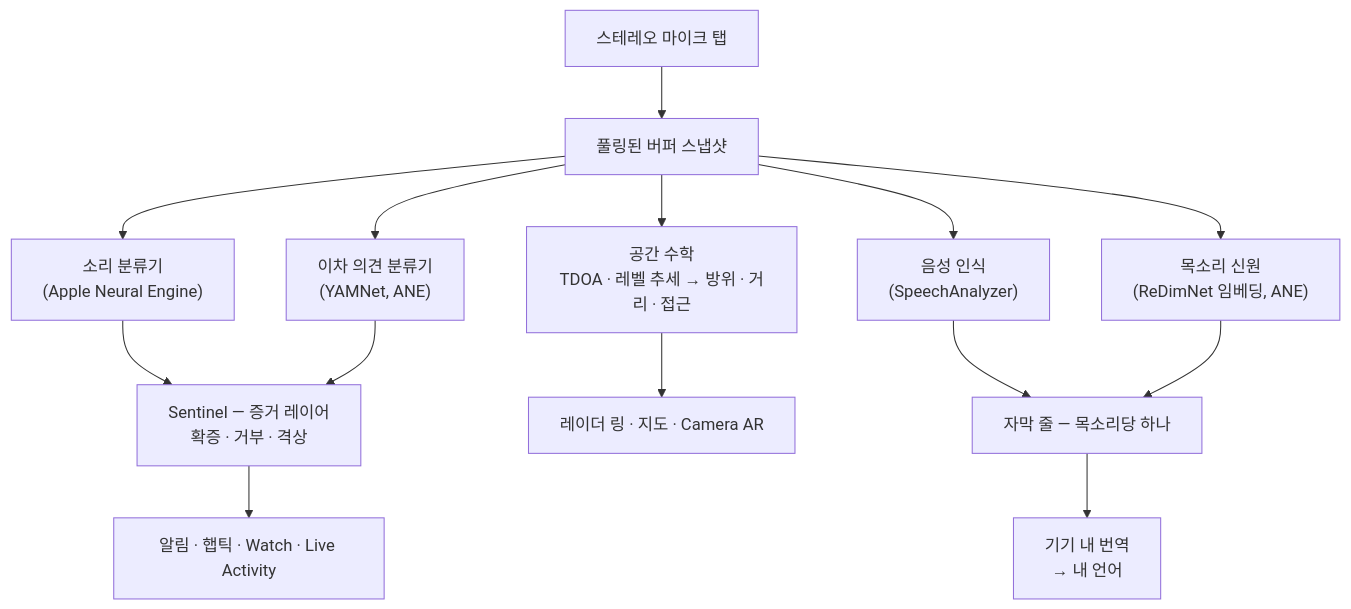
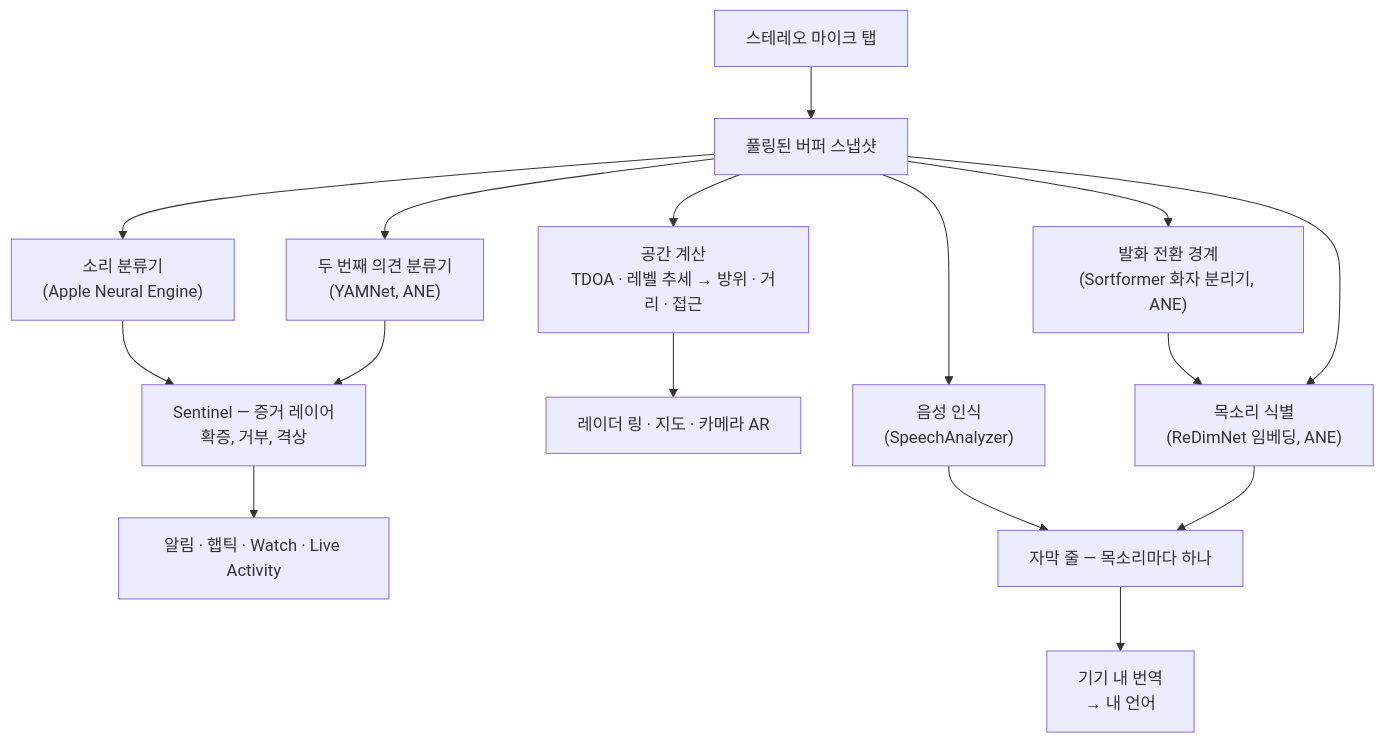
Before and after one commit to rpalm01-star/VigilantEarLegal: the second of 4 diagrams in README_ko.md, drawn with Mermaid. The commit also changed other lines of this file and 29 other files, not shown here.

````diff
--- a/README_ko.md
+++ b/README_ko.md
@@ -128,16 +134,18 @@
 ```mermaid
 graph TD
     A["스테레오 마이크 탭"] --> B["풀링된 버퍼 스냅샷"]
     B --> C["소리 분류기<br/>(Apple Neural Engine)"]
-    B --> Y["이차 의견 분류기<br/>(YAMNet, ANE)"]
-    C --> S["Sentinel — 증거 레이어<br/>확증 · 거부 · 격상"]
+    B --> Y["두 번째 의견 분류기<br/>(YAMNet, ANE)"]
+    C --> S["Sentinel — 증거 레이어<br/>확증, 거부, 격상"]
     Y --> S
     S --> H["알림 · 햅틱 · Watch · Live Activity"]
-    B --> D["공간 수학<br/>TDOA · 레벨 추세 → 방위 · 거리 · 접근"]
-    D --> R["레이더 링 · 지도 · Camera AR"]
+    B --> D["공간 계산<br/>TDOA · 레벨 추세 → 방위 · 거리 · 접근"]
+    D --> R["레이더 링 · 지도 · 카메라 AR"]
     B --> F["음성 인식<br/>(SpeechAnalyzer)"]
-    B --> E["목소리 신원<br/>(ReDimNet 임베딩, ANE)"]
-    F --> G["자막 줄 — 목소리당 하나"]
+    B --> N["발화 전환 경계<br/>(Sortformer 화자 분리기, ANE)"]
+    N --> E["목소리 식별<br/>(ReDimNet 임베딩, ANE)"]
+    B --> E
+    F --> G["자막 줄 — 목소리마다 하나"]
     E --> G
     G --> T["기기 내 번역<br/>→ 내 언어"]
 ```
````
